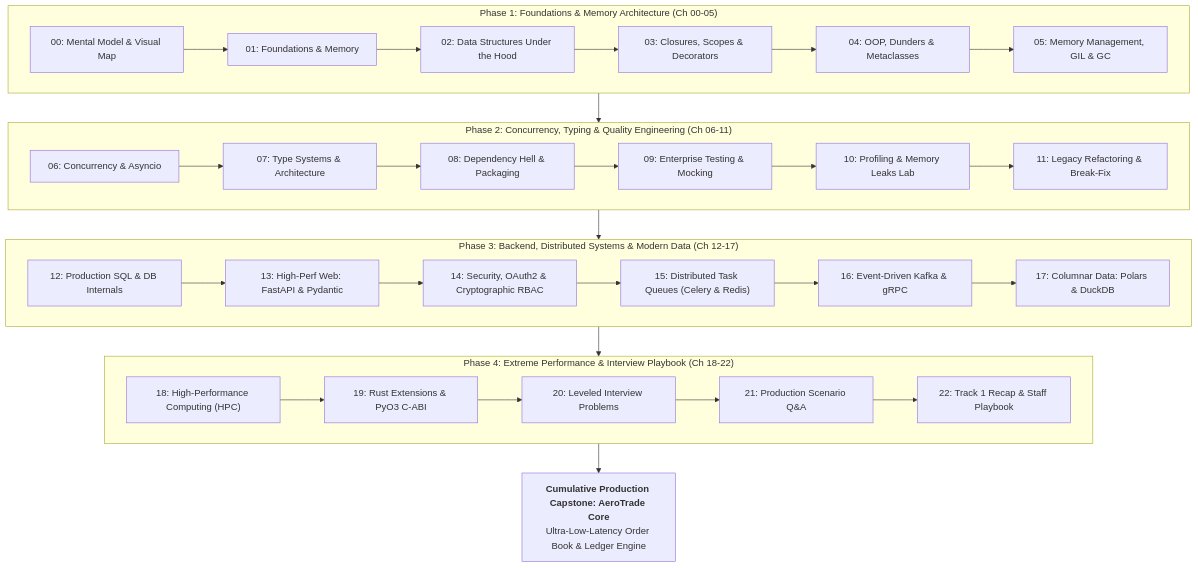
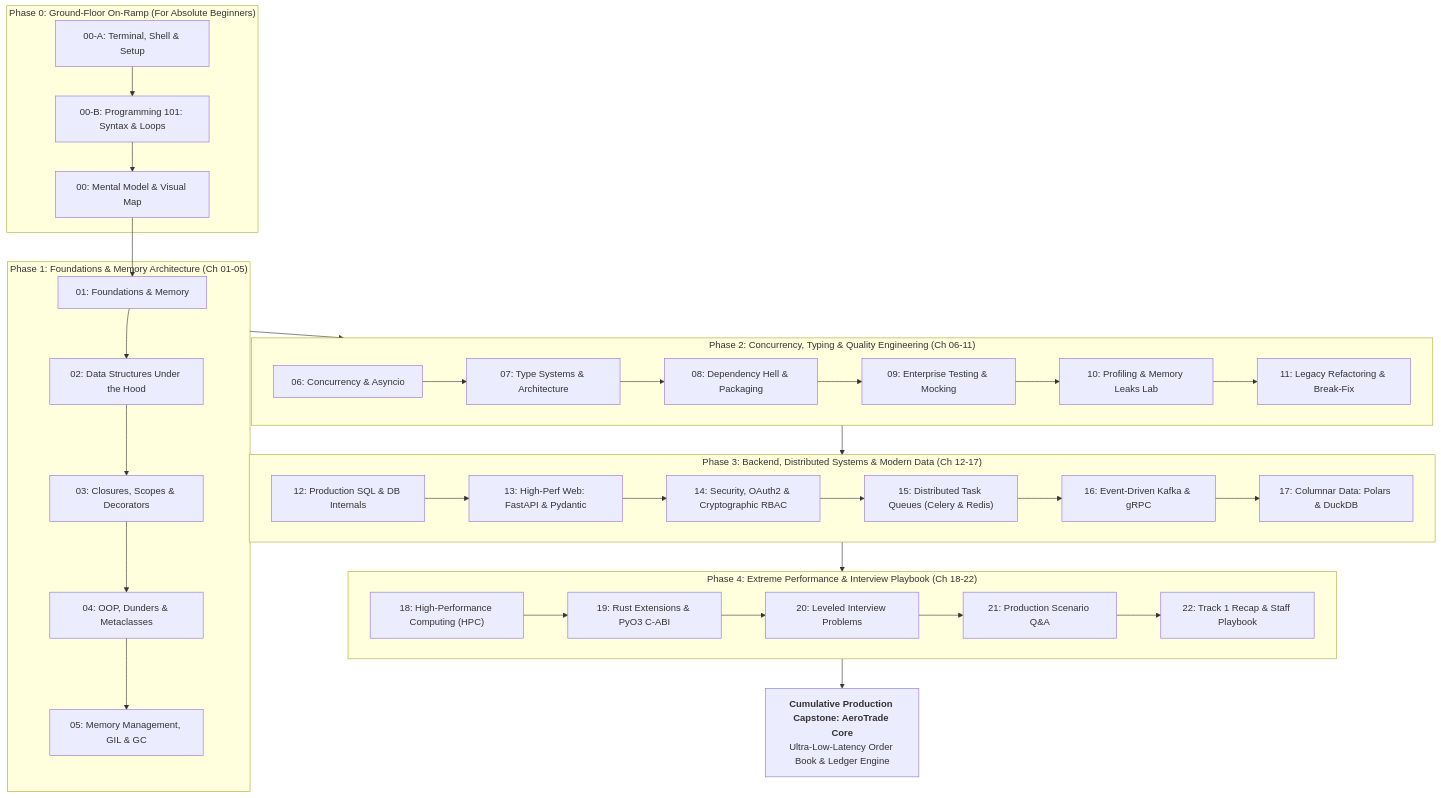
The fifth of 5 diagrams in 01-Python-Mastery/00-The-Python-Mental-Model-Visual-Map.md (reddykarthikeya1/AI-Systems-Mastery), drawn with Mermaid before and after one commit. The commit also changed other lines of this file and 23 other files, not shown here.

````diff
--- a/01-Python-Mastery/00-The-Python-Mental-Model-Visual-Map.md
+++ b/01-Python-Mastery/00-The-Python-Mental-Model-Visual-Map.md
@@ -229,36 +229,41 @@
 ```mermaid
 flowchart TD
-    subgraph Phase1 ["Phase 1: Foundations & Memory Architecture (Ch 00-05)"]
-        M0["00: Mental Model & Visual Map"] --> M1["01: Foundations & Memory"]
+    subgraph Phase0 ["Phase 0: Ground-Floor On-Ramp (For Absolute Beginners)"]
+        M0A["00-A: Terminal, Shell & Setup"] --> M0B["00-B: Programming 101: Syntax & Loops"]
+        M0B --> M0["00: Mental Model & Visual Map"]
+    end
+
+    subgraph Phase1 ["Phase 1: Foundations & Memory Architecture (Ch 01-05)"]
+        M0 --> M1["01: Foundations & Memory"]
         M1 --> M2["02: Data Structures Under the Hood"]
         M2 --> M3["03: Closures, Scopes & Decorators"]
         M3 --> M4["04: OOP, Dunders & Metaclasses"]
         M4 --> M5["05: Memory Management, GIL & GC"]
     end
 
     subgraph Phase2 ["Phase 2: Concurrency, Typing & Quality Engineering (Ch 06-11)"]
         M6["06: Concurrency & Asyncio"] --> M7["07: Type Systems & Architecture"]
         M7 --> M8["08: Dependency Hell & Packaging"]
         M8 --> M9["09: Enterprise Testing & Mocking"]
         M9 --> M10["10: Profiling & Memory Leaks Lab"]
         M10 --> M11["11: Legacy Refactoring & Break-Fix"]
     end
 
     subgraph Phase3 ["Phase 3: Backend, Distributed Systems & Modern Data (Ch 12-17)"]
         M12["12: Production SQL & DB Internals"] --> M13["13: High-Perf Web: FastAPI & Pydantic"]
         M13 --> M14["14: Security, OAuth2 & Cryptographic RBAC"]
         M14 --> M15["15: Distributed Task Queues (Celery & Redis)"]
         M15 --> M16["16: Event-Driven Kafka & gRPC"]
         M16 --> M17["17: Columnar Data: Polars & DuckDB"]
     end
 
     subgraph Phase4 ["Phase 4: Extreme Performance & Interview Playbook (Ch 18-22)"]
         M18["18: High-Performance Computing (HPC)"] --> M19["19: Rust Extensions & PyO3 C-ABI"]
         M19 --> M20["20: Leveled Interview Problems"]
         M20 --> M21["21: Production Scenario Q&A"]
         M21 --> M22["22: Track 1 Recap & Staff Playbook"]
     end
 
     Phase1 --> Phase2 --> Phase3 --> Phase4
     Phase4 --> Capstone["<b>Cumulative Production Capstone: AeroTrade Core</b><br/>Ultra-Low-Latency Order Book & Ledger Engine"]
 ```
````
